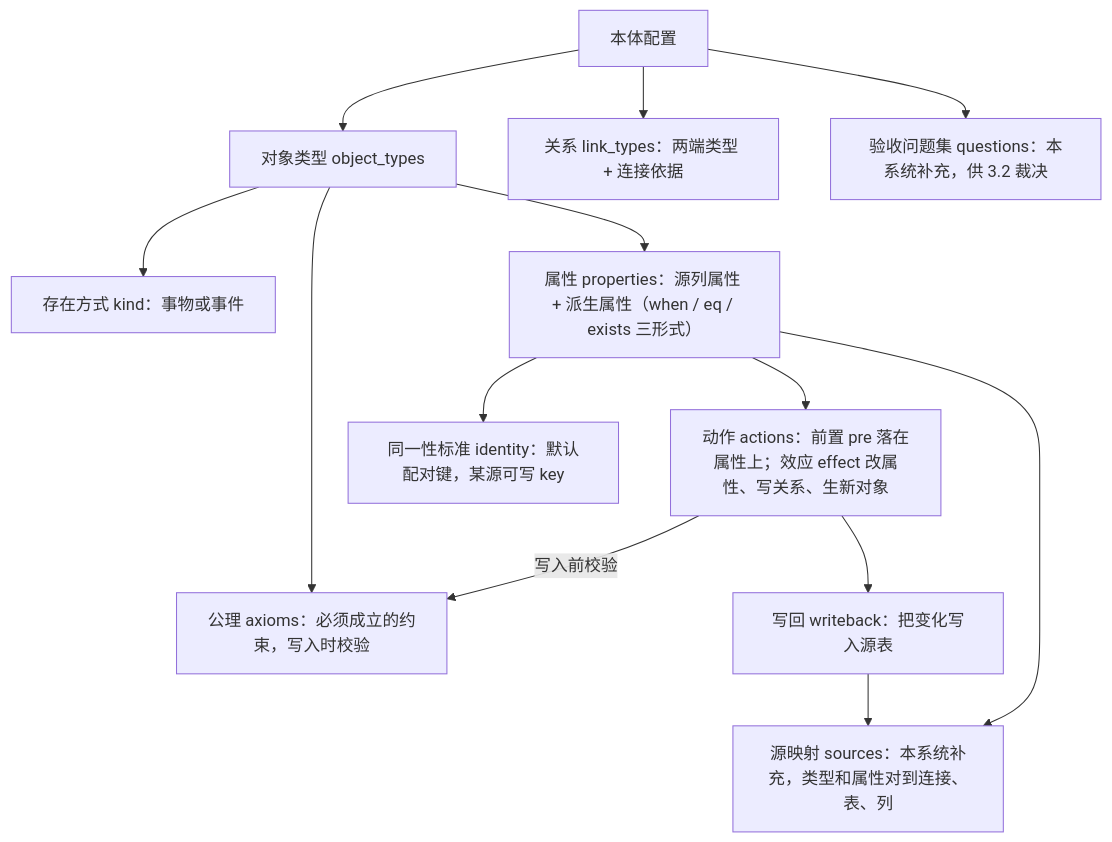
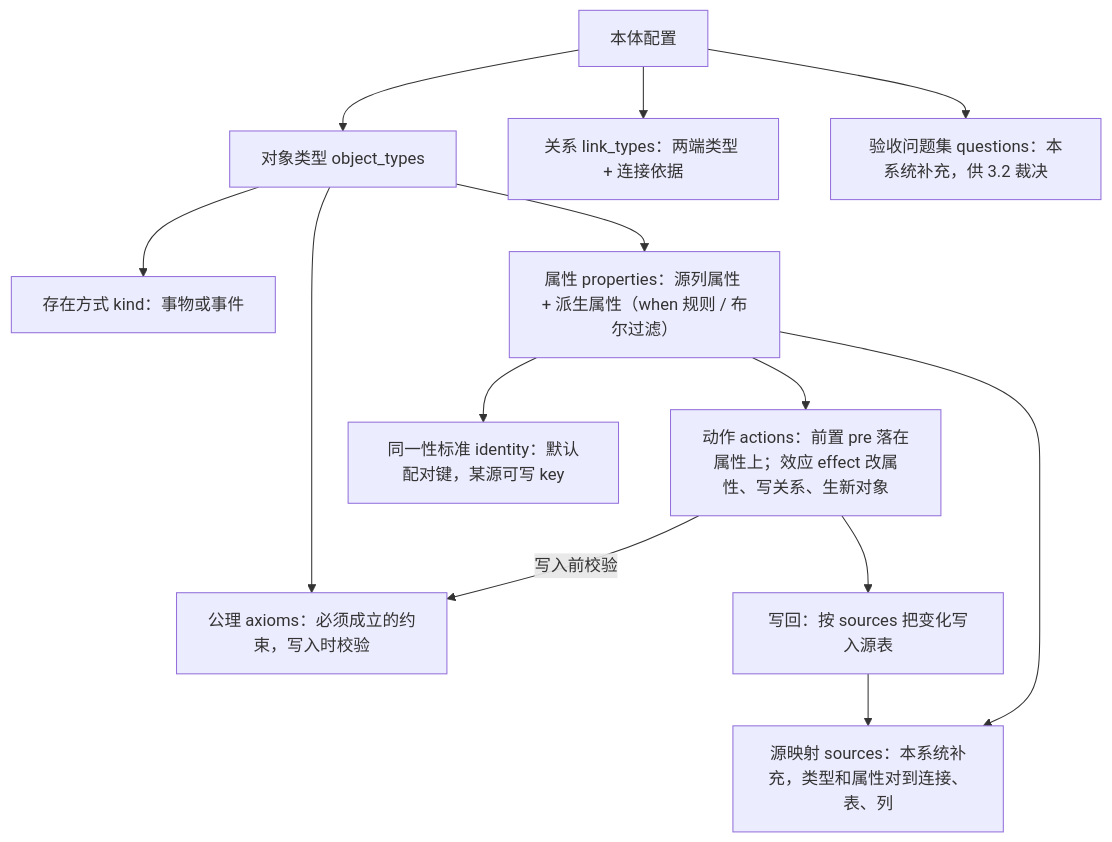
The third of 8 diagrams in ontos-article.md (majiang213/Ontos), drawn with Mermaid before and after one commit. The commit also changed other lines of this file and 1 other file, not shown here.

````diff
--- a/ontos-article.md
+++ b/ontos-article.md
@@ -91,15 +91,15 @@
 ```mermaid
 flowchart TD
     O[本体配置] --> OT["对象类型 object_types"]
     O --> LT["关系 link_types：两端类型 + 连接依据"]
     O --> Q["验收问题集 questions：本系统补充，供 3.2 裁决"]
     OT --> K["存在方式 kind：事物或事件"]
     OT --> AX["公理 axioms：必须成立的约束，写入时校验"]
-    OT --> P["属性 properties：源列属性 + 派生属性（when / eq / exists 三形式）"]
+    OT --> P["属性 properties：源列属性 + 派生属性（when 规则 / 布尔过滤）"]
     P --> ID["同一性标准 identity：默认配对键，某源可写 key"]
     P --> AC["动作 actions：前置 pre 落在属性上；效应 effect 改属性、写关系、生新对象"]
     AC -->|写入前校验| AX
-    AC --> PJ["写回 writeback：把变化写入源表"]
+    AC --> PJ["写回：按 sources 把变化写入源表"]
     PJ --> SO["源映射 sources：本系统补充，类型和属性对到连接、表、列"]
     P --> SO
 ```
````
